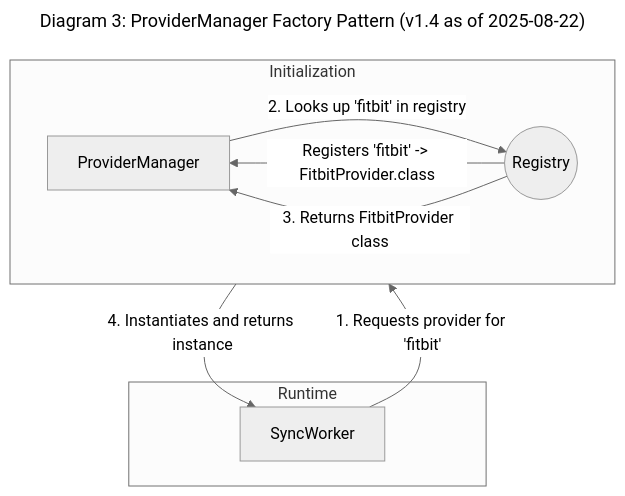
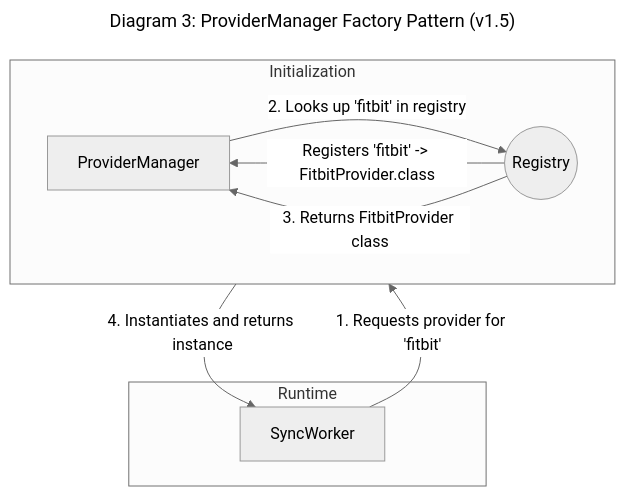
Before and after one commit to dino10bit/healthsync: the tenth of 15 diagrams in docs/architecture/06-technical-architecture.md, drawn with Mermaid (neutral theme). The commit also changed other lines of this file, not shown here.

Commit message:
Decouple and refine architecture diagrams for clarity

````diff
--- a/docs/architecture/06-technical-architecture.md
+++ b/docs/architecture/06-technical-architecture.md
@@ -1203,21 +1221,21 @@
 ```mermaid
 ---
-title: "Diagram 3: ProviderManager Factory Pattern (v1.4 as of 2025-08-22)"
+title: "Diagram 3: ProviderManager Factory Pattern (v1.5)"
 ---
 graph TD
     A[SyncWorker]
     B[ProviderManager]
     C((Registry))
 
     subgraph Initialization
         direction LR
         C -- "Registers 'fitbit' -> FitbitProvider.class" --> B
     end
 
     subgraph "Runtime"
         A -- "1. Requests provider for 'fitbit'" --> B
         B -- "2. Looks up 'fitbit' in registry" --> C
         C -- "3. Returns FitbitProvider class" --> B
         B -- "4. Instantiates and returns instance" --> A
     end
 ```
````
